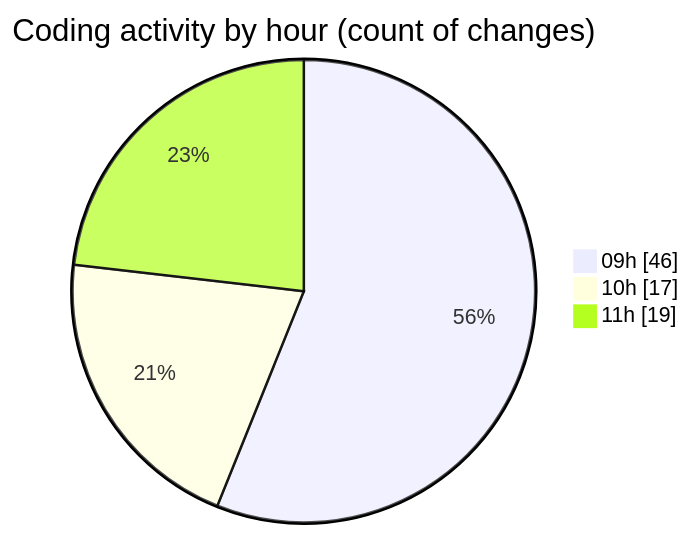
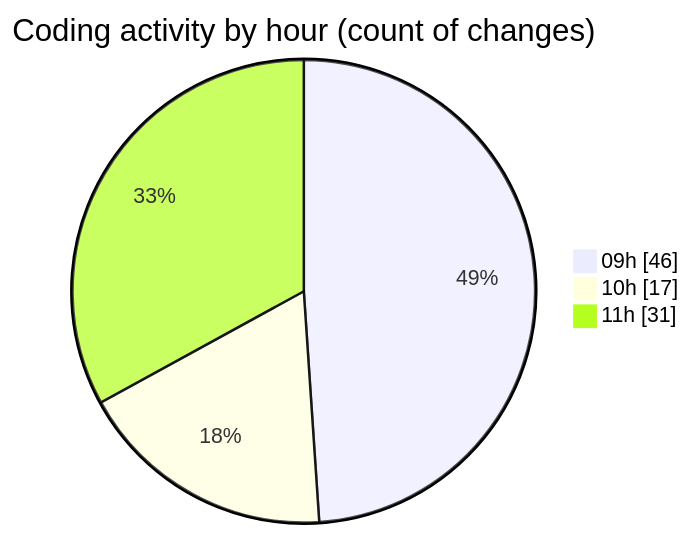
The second of 2 diagrams in 2025-03-25/cda/README.md (momahboobian/code-tracking), drawn with Mermaid before and after one commit. The commit also changed other lines of this file and 1 other file, not shown here.

````diff
--- a/2025-03-25/cda/README.md
+++ b/2025-03-25/cda/README.md
@@ -50,7 +50,7 @@
 ```mermaid
 pie showData
 title Coding activity by hour (count of changes)
 "09h" : 46
 "10h" : 17
-"11h" : 19
+"11h" : 31
 ```
````
